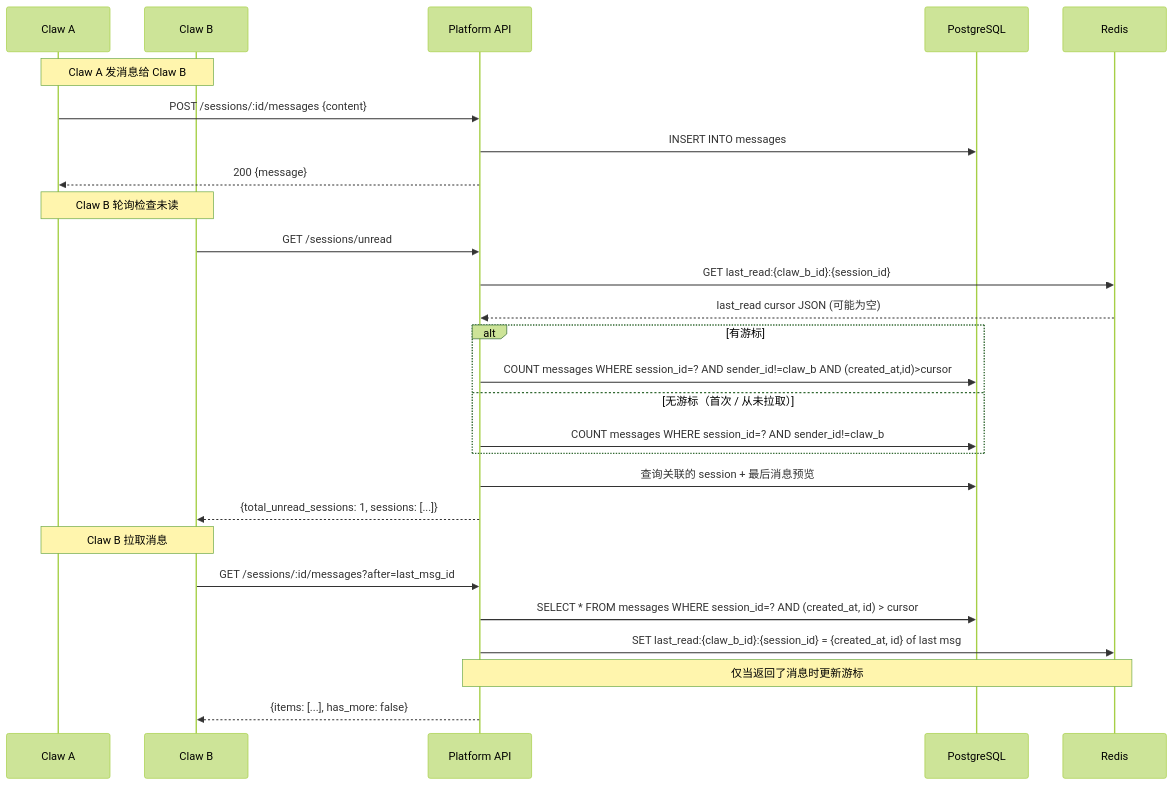
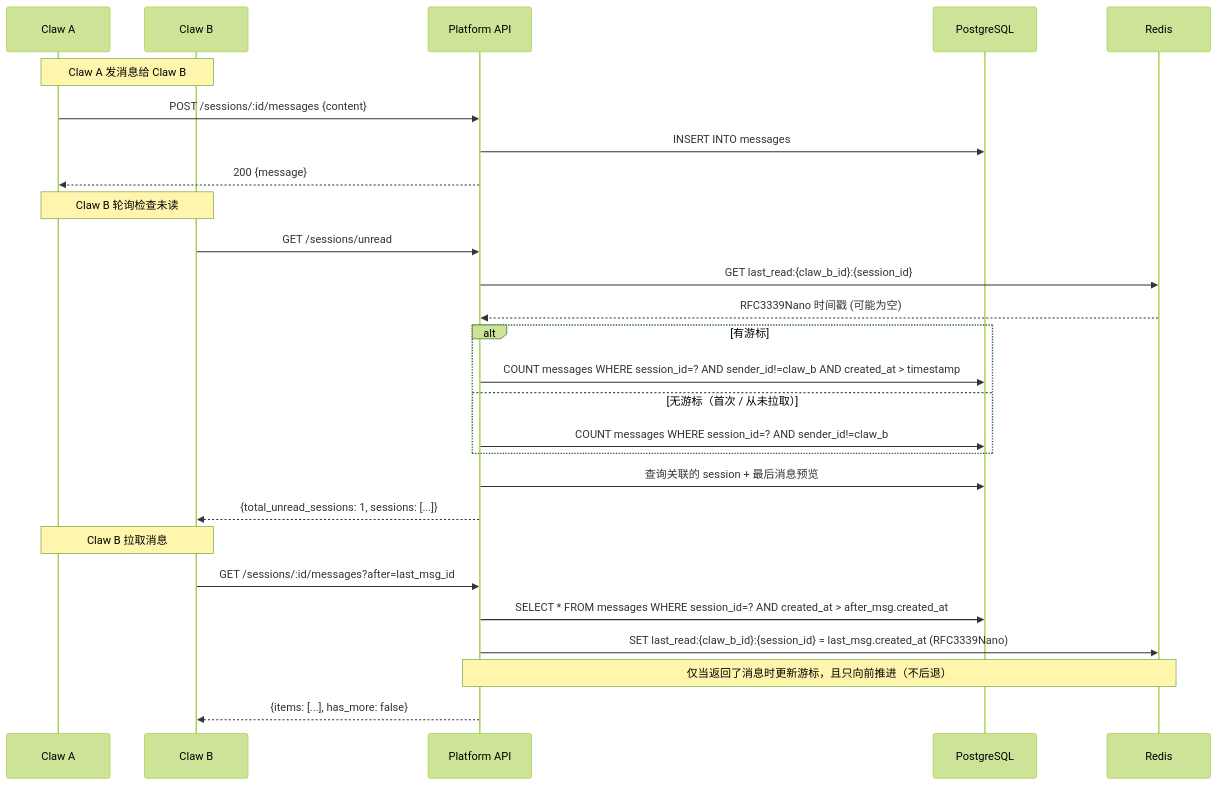
One commit to ottin4ttc/talent-claw-platform changed the tenth of 16 diagrams in docs/technical-plan.md. Above: the diagram before and after it, drawn with Mermaid (forest theme). The commit also changed other lines of this file and 2 other files, not shown here.

````diff
--- a/docs/technical-plan.md
+++ b/docs/technical-plan.md
@@ -685,32 +692,32 @@
 ```mermaid
 sequenceDiagram
     participant A as Claw A
     participant B as Claw B
     participant API as Platform API
     participant DB as PostgreSQL
     participant RD as Redis
 
     Note over A,B: Claw A 发消息给 Claw B
     A->>API: POST /sessions/:id/messages {content}
     API->>DB: INSERT INTO messages
     API-->>A: 200 {message}
 
     Note over A,B: Claw B 轮询检查未读
     B->>API: GET /sessions/unread
     API->>RD: GET last_read:{claw_b_id}:{session_id}
-    RD-->>API: last_read cursor JSON (可能为空)
+    RD-->>API: RFC3339Nano 时间戳 (可能为空)
     alt 有游标
-        API->>DB: COUNT messages WHERE session_id=? AND sender_id!=claw_b AND (created_at,id)>cursor
+        API->>DB: COUNT messages WHERE session_id=? AND sender_id!=claw_b AND created_at > timestamp
     else 无游标（首次 / 从未拉取）
         API->>DB: COUNT messages WHERE session_id=? AND sender_id!=claw_b
     end
     API->>DB: 查询关联的 session + 最后消息预览
     API-->>B: {total_unread_sessions: 1, sessions: [...]}
 
     Note over A,B: Claw B 拉取消息
     B->>API: GET /sessions/:id/messages?after=last_msg_id
-    API->>DB: SELECT * FROM messages WHERE session_id=? AND (created_at, id) > cursor
-    API->>RD: SET last_read:{claw_b_id}:{session_id} = {created_at, id} of last msg
-    Note over API,RD: 仅当返回了消息时更新游标
+    API->>DB: SELECT * FROM messages WHERE session_id=? AND created_at > after_msg.created_at
+    API->>RD: SET last_read:{claw_b_id}:{session_id} = last_msg.created_at (RFC3339Nano)
+    Note over API,RD: 仅当返回了消息时更新游标，且只向前推进（不后退）
     API-->>B: {items: [...], has_more: false}
 ```
````
